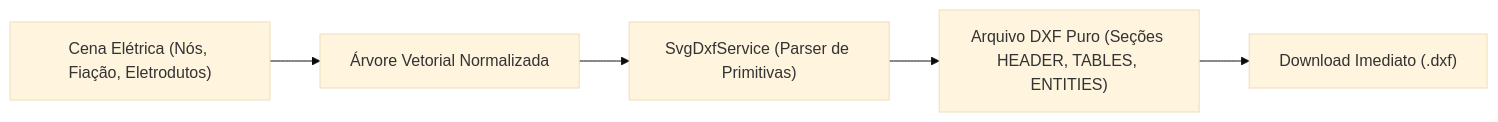
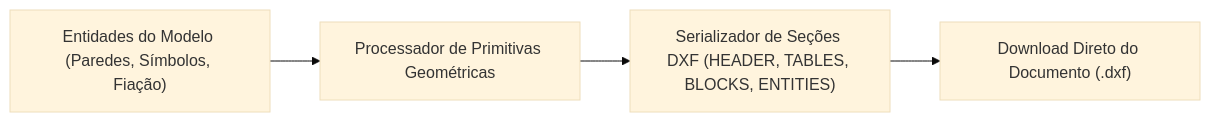
Before and after one commit to samuel-c-santos/openeletrica: the diagram in docs/cad-and-dxf.md, drawn with Mermaid (base theme). The commit also changed other lines of this file and 6 other files, not shown here.

````diff
--- a/docs/cad-and-dxf.md
+++ b/docs/cad-and-dxf.md
@@ -39,7 +43,6 @@
 ```mermaid
 flowchart LR
-    Scene["Cena Elétrica (Nós, Fiação, Eletrodutos)"] --> SVGTree["Árvore Vetorial Normalizada"]
-    SVGTree --> DXFService["SvgDxfService (Parser de Primitivas)"]
-    DXFService --> DXFText["Arquivo DXF Puro (Seções HEADER, TABLES, ENTITIES)"]
-    DXFText --> Download["Download Imediato (.dxf)"]
+    Entidades["Entidades do Modelo (Paredes, Símbolos, Fiação)"] --> Processamento["Processador de Primitivas Geométricas"]
+    Processamento --> EstruturaDXF["Serializador de Seções DXF (HEADER, TABLES, BLOCKS, ENTITIES)"]
+    EstruturaDXF --> ArquivoFinal["Download Direto do Documento (.dxf)"]
 ```
````
